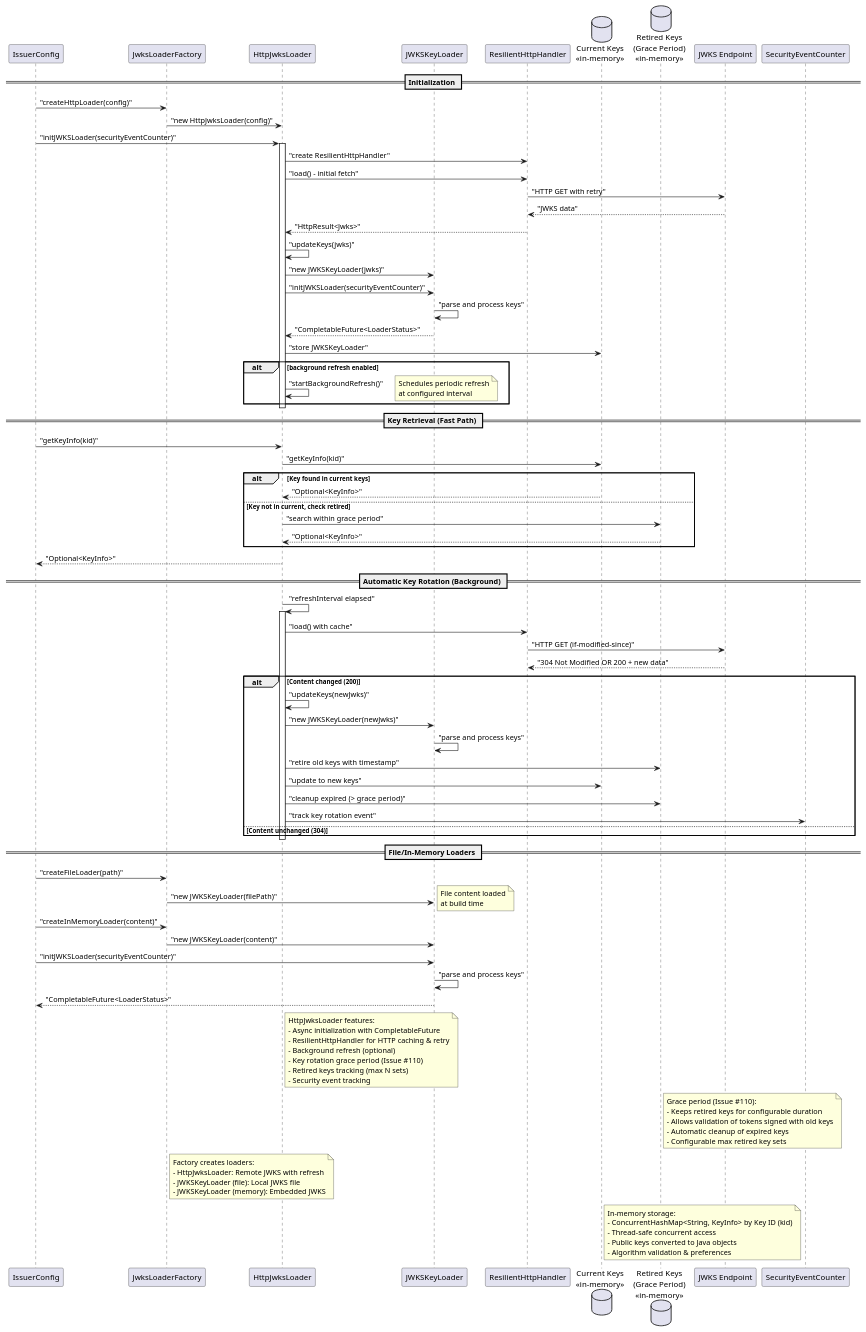
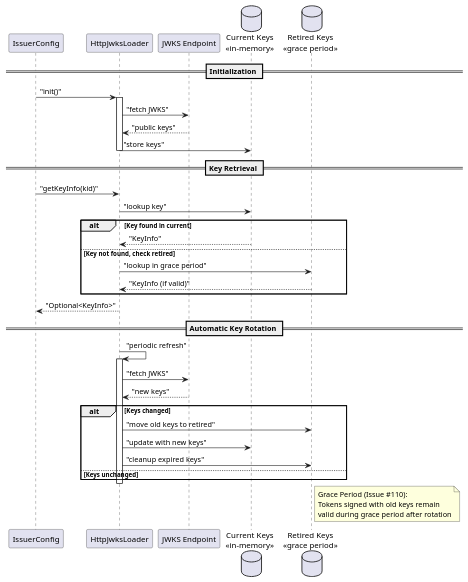
The diagram in doc/plantuml/key-management.puml (cuioss/cui-jwt), drawn with PlantUML before and after one commit. The commit also changed 3 other files, not shown here.

First line of the commit message:
docs: Simplify key-management diagram and create detailed documentation

```diff
--- a/doc/plantuml/key-management.puml
+++ b/doc/plantuml/key-management.puml
@@ -1,119 +1,52 @@
 @startuml
 
 participant "IssuerConfig" as IssuerConfig
-participant "JwksLoaderFactory" as JwksLoaderFactory
 participant "HttpJwksLoader" as HttpLoader
-participant "JWKSKeyLoader" as KeyLoader
-participant "ResilientHttpHandler" as HttpHandler
+participant "JWKS Endpoint" as Endpoint
 database "Current Keys\n<<in-memory>>" as CurrentKeys
-database "Retired Keys\n(Grace Period)\n<<in-memory>>" as RetiredKeys
-participant "JWKS Endpoint" as Endpoint
-participant "SecurityEventCounter" as SecurityEventCounter
+database "Retired Keys\n<<grace period>>" as RetiredKeys
 
 == Initialization ==
 
-IssuerConfig -> JwksLoaderFactory : "createHttpLoader(config)"
-JwksLoaderFactory -> HttpLoader : "new HttpJwksLoader(config)"
-IssuerConfig -> HttpLoader : "initJWKSLoader(securityEventCounter)"
+IssuerConfig -> HttpLoader : "init()"
 activate HttpLoader
-
-HttpLoader -> HttpHandler : "create ResilientHttpHandler"
-HttpLoader -> HttpHandler : "load() - initial fetch"
-HttpHandler -> Endpoint : "HTTP GET with retry"
-Endpoint --> HttpHandler : "JWKS data"
-HttpHandler --> HttpLoader : "HttpResult<Jwks>"
-
-HttpLoader -> HttpLoader : "updateKeys(jwks)"
-HttpLoader -> KeyLoader : "new JWKSKeyLoader(jwks)"
-HttpLoader -> KeyLoader : "initJWKSLoader(securityEventCounter)"
-KeyLoader -> KeyLoader : "parse and process keys"
-KeyLoader --> HttpLoader : "CompletableFuture<LoaderStatus>"
-HttpLoader -> CurrentKeys : "store JWKSKeyLoader"
-
-alt background refresh enabled
-    HttpLoader -> HttpLoader : "startBackgroundRefresh()"
-    note right: Schedules periodic refresh\nat configured interval
-end
-
+HttpLoader -> Endpoint : "fetch JWKS"
+Endpoint --> HttpLoader : "public keys"
+HttpLoader -> CurrentKeys : "store keys"
 deactivate HttpLoader
 
-== Key Retrieval (Fast Path) ==
+== Key Retrieval ==
 
 IssuerConfig -> HttpLoader : "getKeyInfo(kid)"
-HttpLoader -> CurrentKeys : "getKeyInfo(kid)"
-alt Key found in current keys
-    CurrentKeys --> HttpLoader : "Optional<KeyInfo>"
-else Key not in current, check retired
-    HttpLoader -> RetiredKeys : "search within grace period"
-    RetiredKeys --> HttpLoader : "Optional<KeyInfo>"
+HttpLoader -> CurrentKeys : "lookup key"
+alt Key found in current
+    CurrentKeys --> HttpLoader : "KeyInfo"
+else Key not found, check retired
+    HttpLoader -> RetiredKeys : "lookup in grace period"
+    RetiredKeys --> HttpLoader : "KeyInfo (if valid)"
 end
 HttpLoader --> IssuerConfig : "Optional<KeyInfo>"
 
-== Automatic Key Rotation (Background) ==
+== Automatic Key Rotation ==
 
-HttpLoader -> HttpLoader : "refreshInterval elapsed"
+HttpLoader -> HttpLoader : "periodic refresh"
 activate HttpLoader
-HttpLoader -> HttpHandler : "load() with cache"
-HttpHandler -> Endpoint : "HTTP GET (if-modified-since)"
-Endpoint --> HttpHandler : "304 Not Modified OR 200 + new data"
+HttpLoader -> Endpoint : "fetch JWKS"
+Endpoint --> HttpLoader : "new keys"
 
-alt Content changed (200)
-    HttpLoader -> HttpLoader : "updateKeys(newJwks)"
-    HttpLoader -> KeyLoader : "new JWKSKeyLoader(newJwks)"
-    KeyLoader -> KeyLoader : "parse and process keys"
-    HttpLoader -> RetiredKeys : "retire old keys with timestamp"
-    HttpLoader -> CurrentKeys : "update to new keys"
-    HttpLoader -> RetiredKeys : "cleanup expired (> grace period)"
-    HttpLoader -> SecurityEventCounter : "track key rotation event"
-else Content unchanged (304)
-    note right: No action needed
+alt Keys changed
+    HttpLoader -> RetiredKeys : "move old keys to retired"
+    HttpLoader -> CurrentKeys : "update with new keys"
+    HttpLoader -> RetiredKeys : "cleanup expired keys"
+else Keys unchanged
+    note right: No rotation needed
 end
 deactivate HttpLoader
 
-== File/In-Memory Loaders ==
-
-IssuerConfig -> JwksLoaderFactory : "createFileLoader(path)"
-JwksLoaderFactory -> KeyLoader : "new JWKSKeyLoader(filePath)"
-note right: File content loaded\nat build time
-
-IssuerConfig -> JwksLoaderFactory : "createInMemoryLoader(content)"
-JwksLoaderFactory -> KeyLoader : "new JWKSKeyLoader(content)"
-
-IssuerConfig -> KeyLoader : "initJWKSLoader(securityEventCounter)"
-KeyLoader -> KeyLoader : "parse and process keys"
-KeyLoader --> IssuerConfig : "CompletableFuture<LoaderStatus>"
-
-note right of HttpLoader
-  HttpJwksLoader features:
-  - Async initialization with CompletableFuture
-  - ResilientHttpHandler for HTTP caching & retry
-  - Background refresh (optional)
-  - Key rotation grace period (Issue #110)
-  - Retired keys tracking (max N sets)
-  - Security event tracking
-end note
-
 note right of RetiredKeys
-  Grace period (Issue #110):
-  - Keeps retired keys for configurable duration
-  - Allows validation of tokens signed with old keys
-  - Automatic cleanup of expired keys
-  - Configurable max retired key sets
-end note
-
-note right of JwksLoaderFactory
-  Factory creates loaders:
-  - HttpJwksLoader: Remote JWKS with refresh
-  - JWKSKeyLoader (file): Local JWKS file
-  - JWKSKeyLoader (memory): Embedded JWKS
-end note
-
-note right of CurrentKeys
-  In-memory storage:
-  - ConcurrentHashMap<String, KeyInfo> by Key ID (kid)
-  - Thread-safe concurrent access
-  - Public keys converted to Java objects
-  - Algorithm validation & preferences
+  Grace Period (Issue #110):
+  Tokens signed with old keys remain
+  valid during grace period after rotation
 end note
 
 @enduml
```
